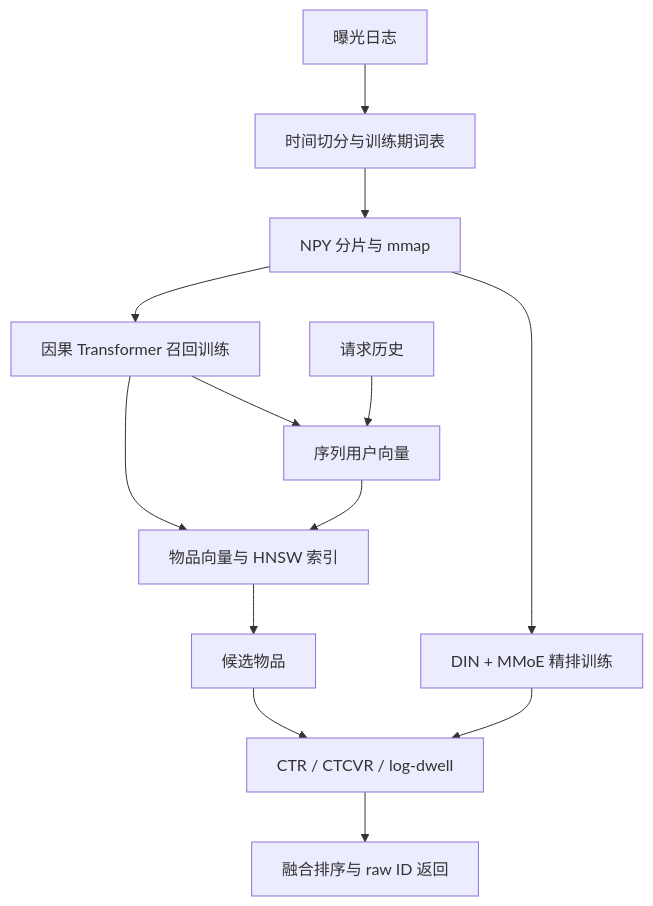
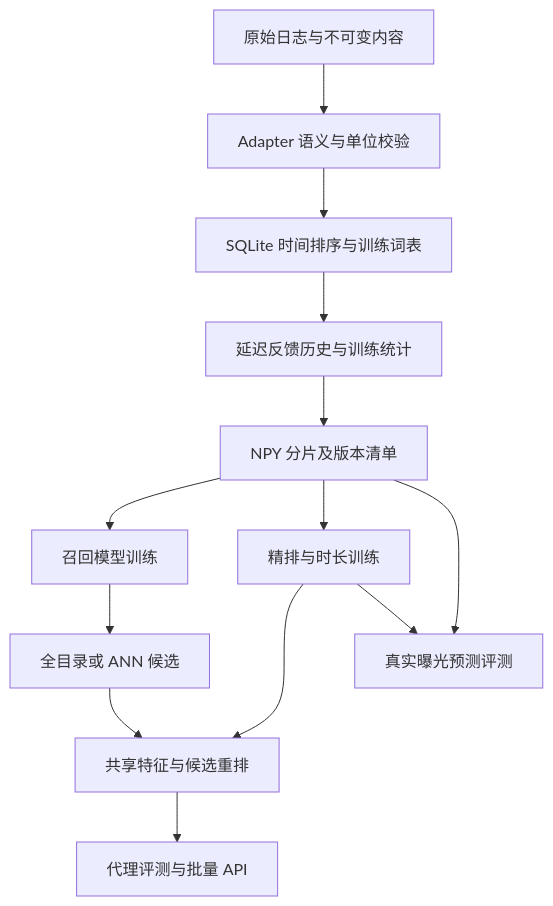
Before and after one commit to WRF2004/seqrank: the diagram in docs/ARCHITECTURE.md, drawn with Mermaid. The commit also changed other lines of this file and 54 other files, not shown here.

First line of the commit message:
feat: add reproducible sequence ranking and watch-time research pipeline [skip ci]

````diff
--- a/docs/ARCHITECTURE.md
+++ b/docs/ARCHITECTURE.md
@@ -3,15 +5,15 @@
 ```mermaid
 flowchart TD
-  A[曝光日志] --> B[时间切分与训练期词表]
-  B --> C[NPY 分片与 mmap]
-  C --> D[因果 Transformer 召回训练]
-  C --> E[DIN + MMoE 精排训练]
-  D --> F[物品向量与 HNSW 索引]
-  G[请求历史] --> H[序列用户向量]
-  D --> H
-  H --> F
-  F --> I[候选物品]
-  E --> J[CTR / CTCVR / log-dwell]
-  I --> J
-  J --> K[融合排序与 raw ID 返回]
+  A[原始日志与不可变内容] --> B[Adapter 语义与单位校验]
+  B --> C[SQLite 时间排序与训练词表]
+  C --> D[延迟反馈历史与训练统计]
+  D --> E[NPY 分片及版本清单]
+  E --> F[召回模型训练]
+  E --> G[精排与时长训练]
+  F --> H[全目录或 ANN 候选]
+  G --> I[共享特征与候选重排]
+  H --> I
+  E --> J[真实曝光预测评测]
+  G --> J
+  I --> K[代理评测与批量 API]
 ```
````
